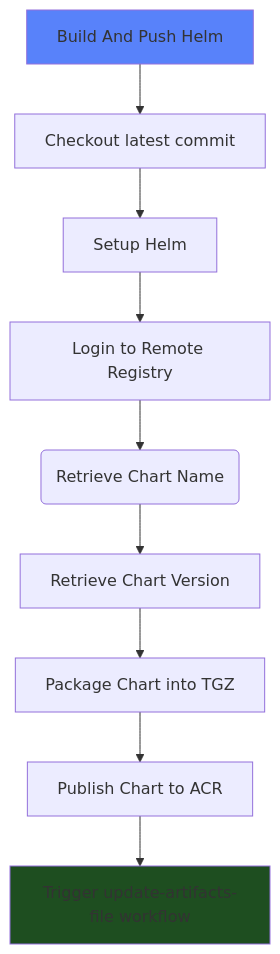
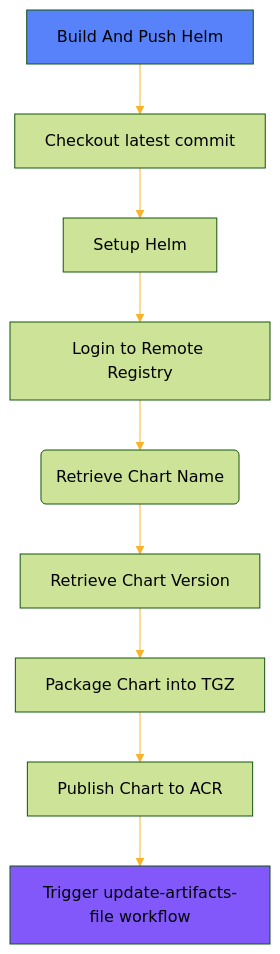
One commit to MapColonies/shared-workflows changed the second of 5 diagrams in README.md. Above: the diagram before and after it, drawn with Mermaid. The commit also changed other lines of this file, not shown here.

Commit message:
style: visualize diagrams

````diff
--- a/README.md
+++ b/README.md
@@ -38,13 +46,21 @@
 ```mermaid
+%%{
+  init: {
+    'theme': 'forest',
+    'themeVariables': {
+      'lineColor': '#F8B229'
+    }
+  }
+}%%
 flowchart TD
     classDef head fill:#5882FA
-    classDef workflow fill:#1E4E20
+    classDef workflow fill:#8258FA
     A[Build And Push Helm]:::head --> B[Checkout latest commit]
     B --> C[Setup Helm]
     C --> D[Login to Remote Registry]
     D --> E(Retrieve Chart Name)
     E --> F[Retrieve Chart Version]
     F --> G[Package Chart into TGZ]
     G --> H[Publish Chart to ACR]
     H --> I[Trigger update-artifacts-file workflow]:::workflow
 ```
````
